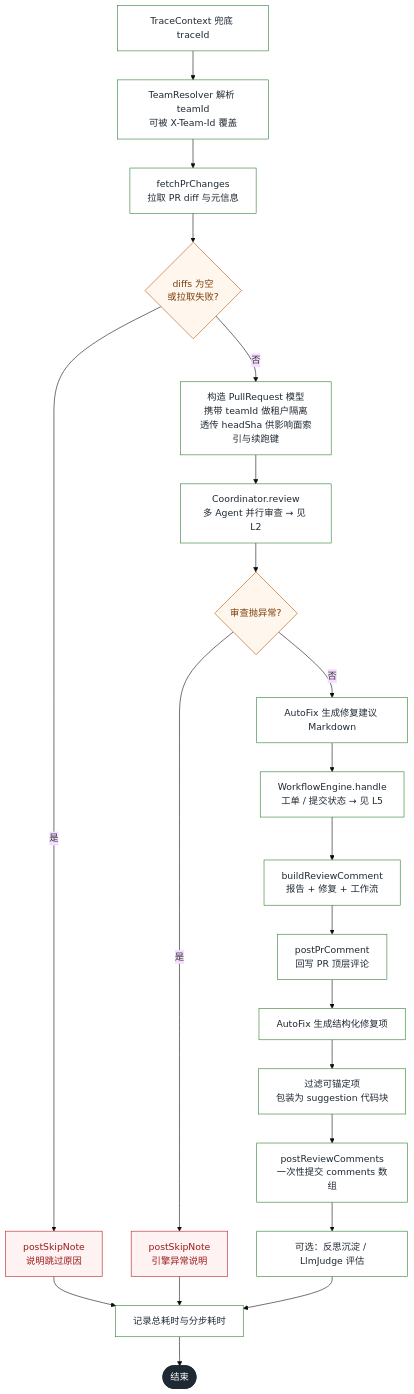
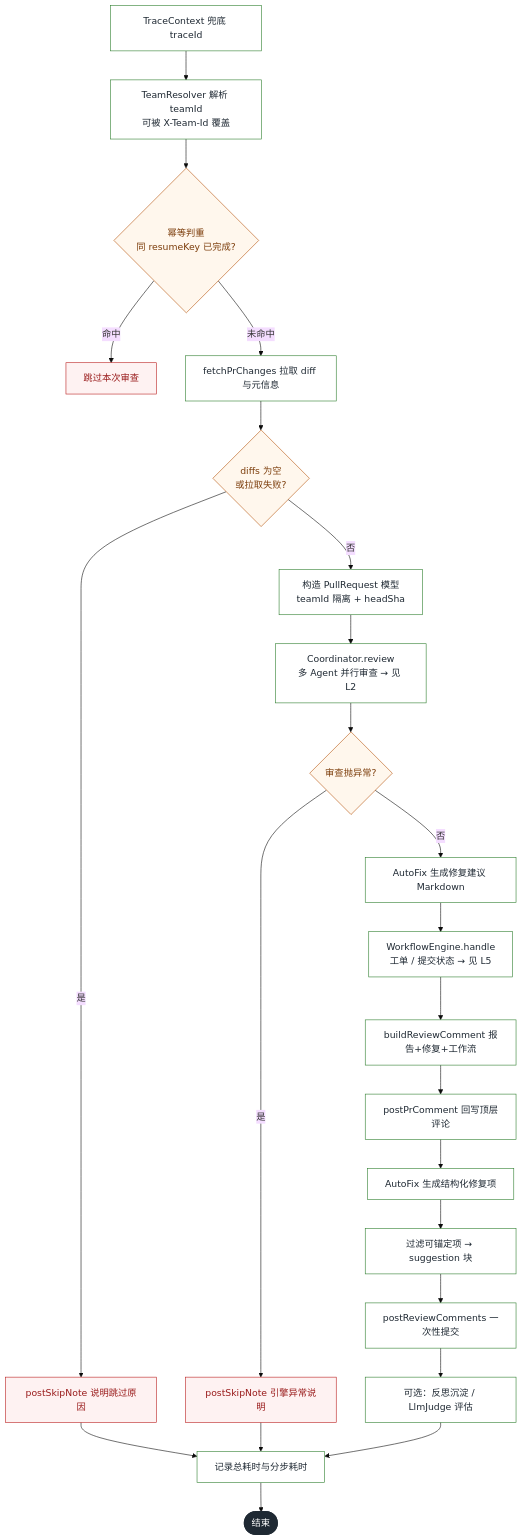
Before and after one commit to 13liyunfei/code-review-agent: the third of 16 diagrams in docs/business-flow.md, drawn with Mermaid (base theme). The commit also changed other lines of this file and 14 other files, not shown here.

First line of the commit message:
docs: 图集同步 RAG 加固 / SCA 真实库 / 记忆读侧闭环（13 → 16 张）

````diff
--- a/docs/business-flow.md
+++ b/docs/business-flow.md
@@ -173,37 +182,39 @@
 ```mermaid
 flowchart TD
     I["TraceContext 兜底 traceId"] --> J["TeamResolver 解析 teamId<br/>可被 X-Team-Id 覆盖"]
-    J --> K["fetchPrChanges<br/>拉取 PR diff 与元信息"]
+    J --> JD{"幂等判重<br/>同 resumeKey 已完成?"}
+    JD -->|"命中"| JD1["跳过本次审查"]
+    JD -->|"未命中"| K["fetchPrChanges 拉取 diff 与元信息"]
     K --> L{"diffs 为空<br/>或拉取失败?"}
-    L -->|"是"| L1["postSkipNote<br/>说明跳过原因"]
-    L -->|"否"| M["构造 PullRequest 模型<br/>携带 teamId 做租户隔离<br/>透传 headSha 供影响面索引与续跑键"]
+    L -->|"是"| L1["postSkipNote 说明跳过原因"]
+    L -->|"否"| M["构造 PullRequest 模型<br/>teamId 隔离 + headSha"]
     M --> N["Coordinator.review<br/>多 Agent 并行审查 → 见 L2"]
 
     N --> O{"审查抛异常?"}
-    O -->|"是"| O1["postSkipNote<br/>引擎异常说明"]
+    O -->|"是"| O1["postSkipNote 引擎异常说明"]
     O -->|"否"| P["AutoFix 生成修复建议 Markdown"]
     P --> Q["WorkflowEngine.handle<br/>工单 / 提交状态 → 见 L5"]
-    Q --> R["buildReviewComment<br/>报告 + 修复 + 工作流"]
-    R --> S["postPrComment<br/>回写 PR 顶层评论"]
+    Q --> R["buildReviewComment 报告+修复+工作流"]
+    R --> S["postPrComment 回写顶层评论"]
 
     S --> T["AutoFix 生成结构化修复项"]
-    T --> U["过滤可锚定项<br/>包装为 suggestion 代码块"]
-    U --> V["postReviewComments<br/>一次性提交 comments 数组"]
+    T --> U["过滤可锚定项 → suggestion 块"]
+    U --> V["postReviewComments 一次性提交"]
 
     V --> W["可选：反思沉淀 / LlmJudge 评估"]
     W --> X["记录总耗时与分步耗时"]
     L1 --> X
     O1 --> X
     X --> Z(["结束"])
 
     classDef start fill:#2c7d2c,stroke:#2c7d2c,stroke-width:2px,color:#fff;
     classDef endn fill:#1f2933,stroke:#1f2933,stroke-width:2px,color:#fff;
     classDef proc fill:#FFFFFF,stroke:#2c7d2c,stroke-width:1px,color:#1f2933;
     classDef dec fill:#FFF7ED,stroke:#b45309,stroke-width:1px,color:#7c3d0b;
     classDef fail fill:#FEF2F2,stroke:#b91c1c,stroke-width:1px,color:#991b1b;
     class I start;
     class Z endn;
     class I,J,K,M,N,P,Q,R,S,T,U,V,W,X proc;
-    class L,O dec;
-    class L1,O1 fail;
+    class L,O,JD dec;
+    class L1,O1,JD1 fail;
 ```
````
